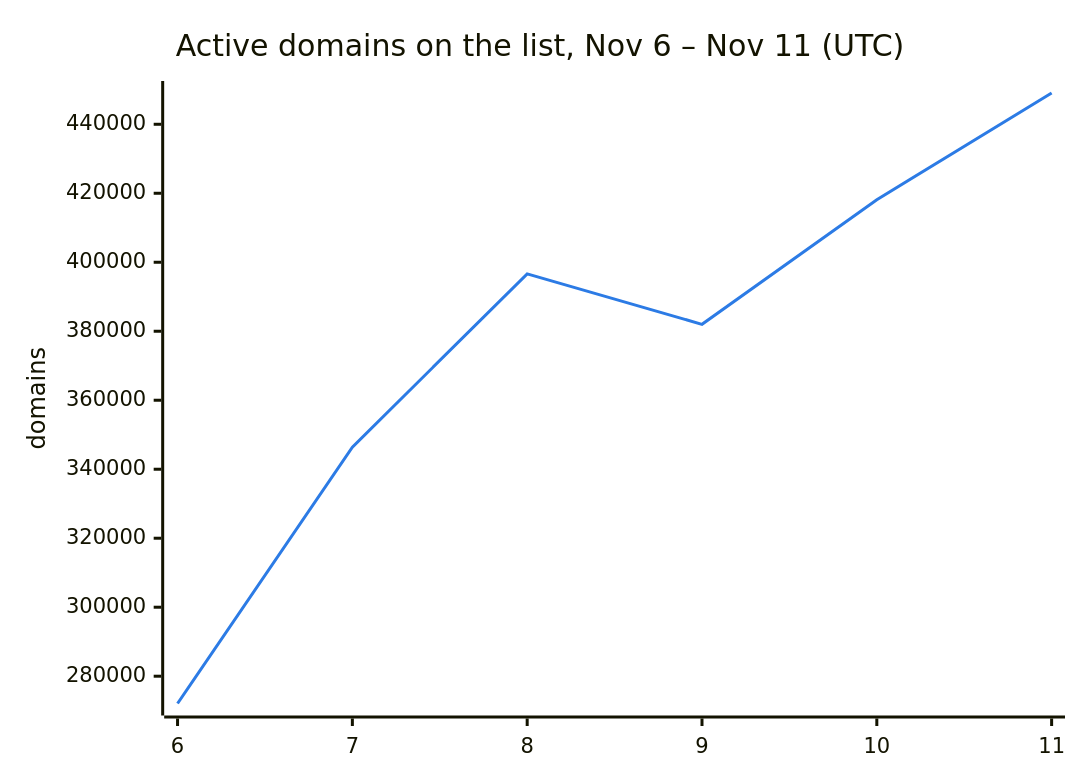
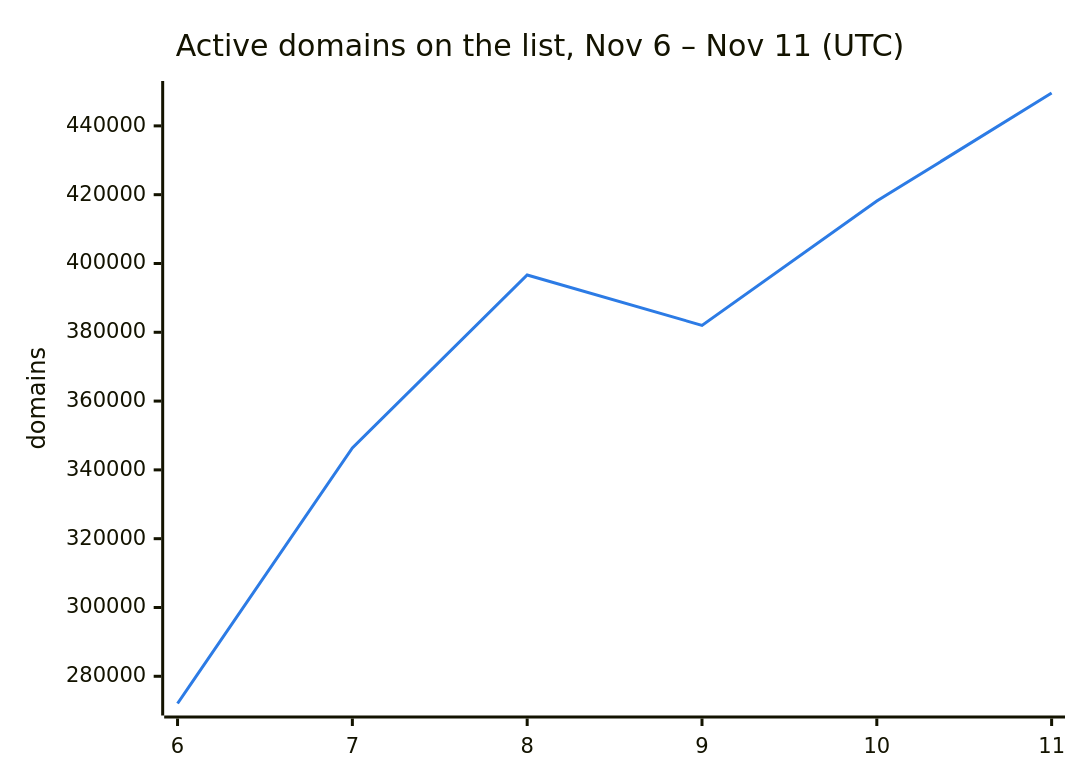
One commit to DNSBunker/CTI changed the second of 3 diagrams in README.md. Above: the diagram before and after it, drawn with Mermaid. The commit also changed other lines of this file and 3 other files, not shown here.

````diff
--- a/README.md
+++ b/README.md
@@ -38,8 +38,8 @@
 ```mermaid
 %%{init: {"themeVariables": {"xyChart": {"plotColorPalette": "#2c7be5"}}}}%%
 xychart-beta
     title "Active domains on the list, Nov 6 – Nov 11 (UTC)"
     x-axis ["6", "7", "8", "9", "10", "11"]
     y-axis "domains"
-    line [272088, 346388, 396638, 382009, 418143, 449065]
+    line [272088, 346388, 396638, 382009, 418143, 449558]
 ```
````
